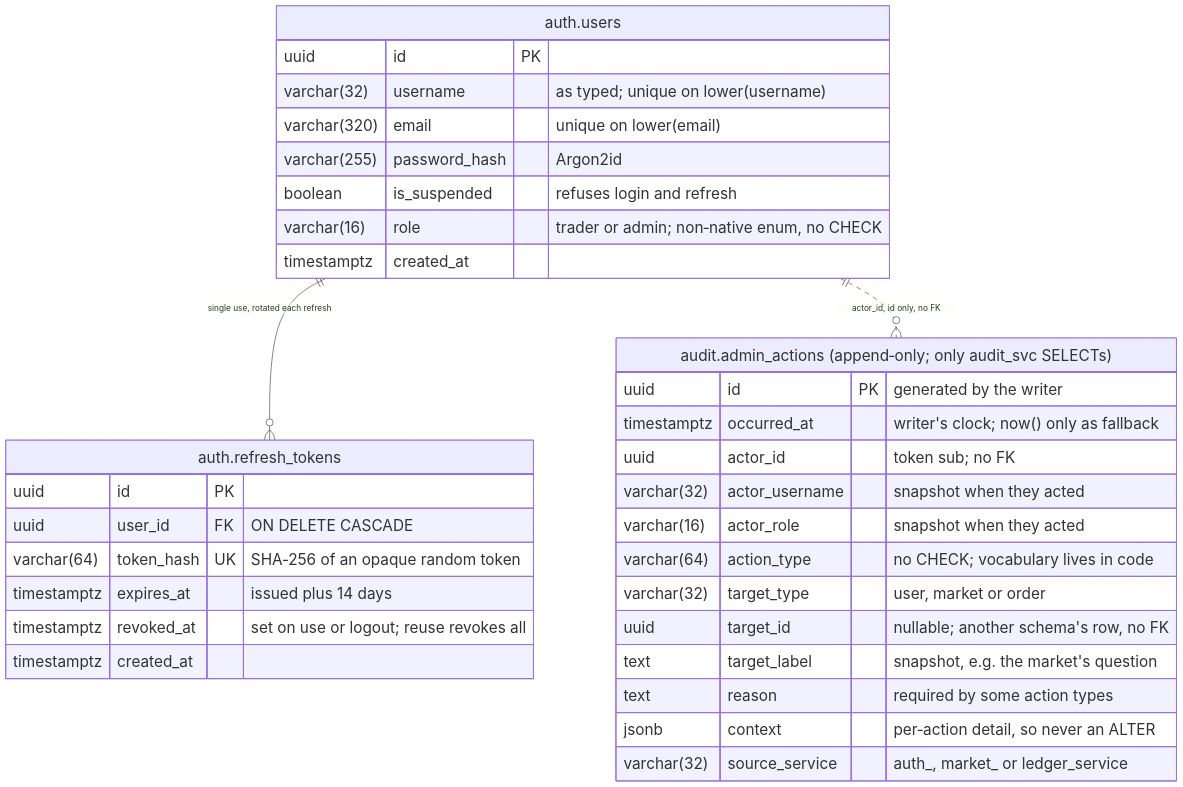
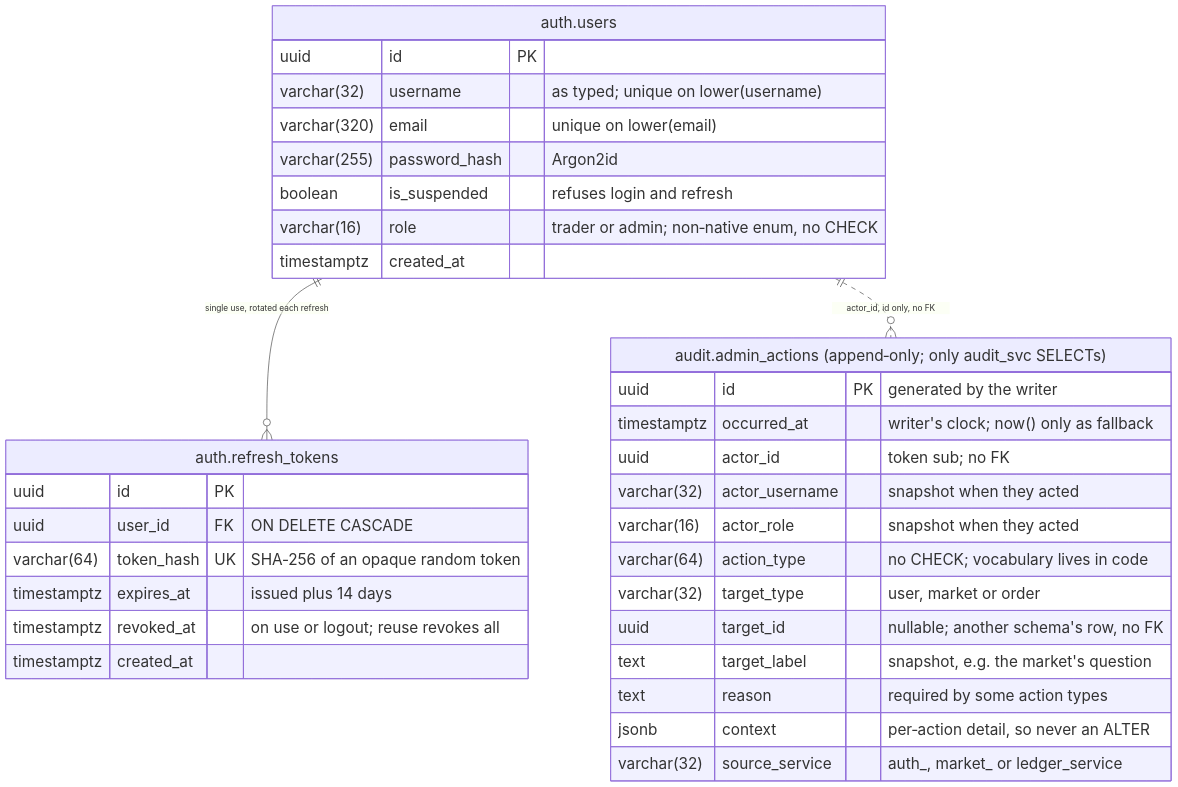
The diagram in docs/diagrams/12-erd-auth-audit.mmd (decker757/CS464), drawn with Mermaid before and after one commit. The commit also changed 2 other files, not shown here.

Commit message:
docs(diagrams): 06 and 12 clear 6.5 pt, and 04's caption has the measured size
Measured exactly, 12 printed at 6.48 pt and 06 at 6.50: one shorter
column note in 12 (revoked_at) and one more line break in 06's write
message bring them to 6.51 and 6.56 pt at 15.9 cm. render.py measures 04
at 5.2 pt portrait, 7.3 pt at 22.3 cm.

```diff
--- a/docs/diagrams/12-erd-auth-audit.mmd
+++ b/docs/diagrams/12-erd-auth-audit.mmd
@@ -1,63 +1,63 @@
 %% 12 — The auth and audit schemas
 %% Drawn from: ADR 0001, ADR 0002, ADR 0003, ADR 0006, ADR 0007,
 %%   backend/auth_service/model/entities.py, backend/auth_service/migrations/versions/0001_baseline.py,
 %%   backend/auth_service/core/security.py, backend/auth_service/service/auth_service.py,
 %%   sql/02-schemas.sql, backend/shared/audit.py, backend/audit_service/model/entities.py
 %% -
 %% Legend
 %%   solid line   a real foreign key (refresh_tokens.user_id, ON DELETE CASCADE)
 %%   dotted line  an id stored with no foreign key; here actor_id, which names
 %%                an auth.users row from a schema audit cannot see. Its
 %%                cardinality is what the writer guarantees (one actor, from
 %%                the token's sub), not what the database enforces.
 %%   Every column is drawn. Types are the Postgres types the migration and
 %%   sql/02-schemas.sql create. audit.admin_actions has no FKs and no CHECKs
 %%   at all: any constraint it could violate would abort the admin action
 %%   it records (ADR 0006).
 %% -
 %% Layout: every quoted label uses non-breaking spaces (U+00A0) so it does not wrap
 %%   (and U+2011 non-breaking hyphens, for the same reason),
 %%   and the init line enlarges text for print, as in 04-erd-overview.
 %%   TB, not LR: auth.users above its two children keeps the figure narrow
 %%   enough for a portrait column (15.9 cm) at 26px text. The init line also
 %%   makes edge labels opaque, since both lines run through their labels.
 %%{init: {"themeVariables": {"fontSize": "26px"}, "themeCSS": ".edgeLabel .label, .edgeLabel p, .edgeLabel span { font-size: 26px !important; } .labelBkg { background-color: #FFFFFF !important; }"}}%%
 erDiagram
     direction TB
 
     auth_users["auth.users"] {
         uuid id PK
         varchar(32) username "as typed; unique on lower(username)"
         varchar(320) email "unique on lower(email)"
         varchar(255) password_hash "Argon2id"
         boolean is_suspended "refuses login and refresh"
         varchar(16) role "trader or admin; non‑native enum, no CHECK"
         timestamptz created_at
     }
 
     auth_refresh_tokens["auth.refresh_tokens"] {
         uuid id PK
         uuid user_id FK "ON DELETE CASCADE"
         varchar(64) token_hash UK "SHA‑256 of an opaque random token"
         timestamptz expires_at "issued plus 14 days"
-        timestamptz revoked_at "set on use or logout; reuse revokes all"
+        timestamptz revoked_at "on use or logout; reuse revokes all"
         timestamptz created_at
     }
 
     audit_admin_actions["audit.admin_actions (append‑only; only audit_svc SELECTs)"] {
         uuid id PK "generated by the writer"
         timestamptz occurred_at "writer's clock; now() only as fallback"
         uuid actor_id "token sub; no FK"
         varchar(32) actor_username "snapshot when they acted"
         varchar(16) actor_role "snapshot when they acted"
         varchar(64) action_type "no CHECK; vocabulary lives in code"
         varchar(32) target_type "user, market or order"
         uuid target_id "nullable; another schema's row, no FK"
         text target_label "snapshot, e.g. the market's question"
         text reason "required by some action types"
         jsonb context "per‑action detail, so never an ALTER"
         varchar(32) source_service "auth_, market_ or ledger_service"
     }
 
     auth_users ||--o{ auth_refresh_tokens : "single use, rotated each refresh"
     auth_users ||..o{ audit_admin_actions : "actor_id, id only, no FK"
```
